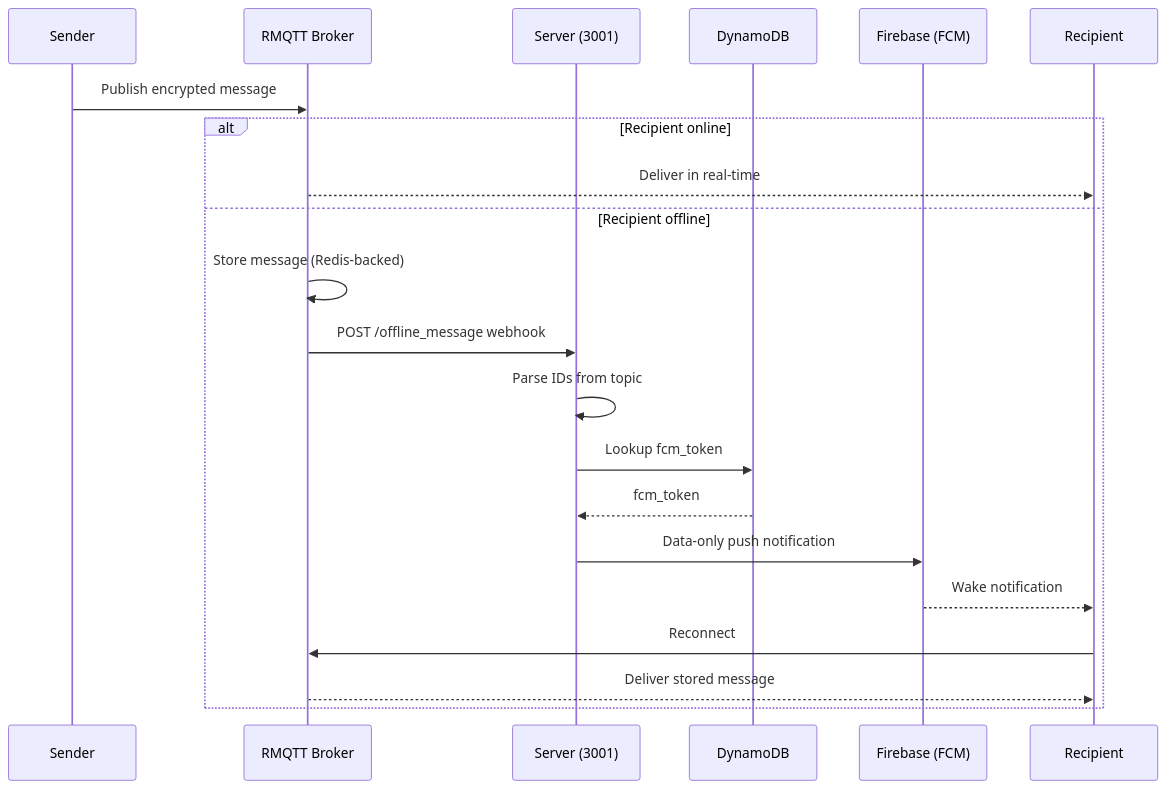
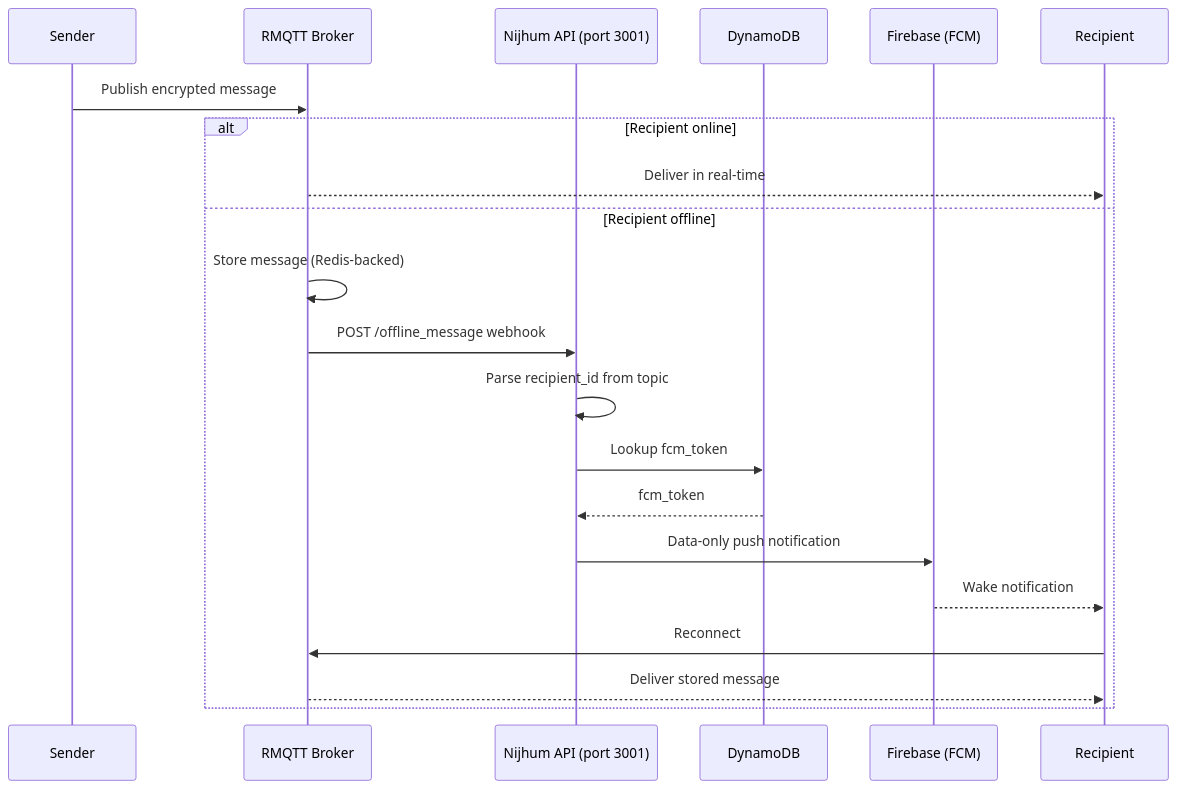
One commit to debarkamondal/khamoshchat-api changed the second of 2 diagrams in docs/architecture.md. Above: the diagram before and after it, drawn with Mermaid. The commit also changed other lines of this file and 6 other files, not shown here.

````diff
--- a/docs/architecture.md
+++ b/docs/architecture.md
@@ -155,25 +159,25 @@
 ```mermaid
 sequenceDiagram
     participant A as Sender
     participant M as RMQTT Broker
-    participant S as Server (3001)
+    participant S as Nijhum API (port 3001)
     participant D as DynamoDB
     participant F as Firebase (FCM)
     participant B as Recipient
 
     A->>M: Publish encrypted message
 
     alt Recipient online
         M-->>B: Deliver in real-time
     else Recipient offline
         M->>M: Store message (Redis-backed)
         M->>S: POST /offline_message webhook
-        S->>S: Parse IDs from topic
+        S->>S: Parse recipient_id from topic
         S->>D: Lookup fcm_token
         D-->>S: fcm_token
         S->>F: Data-only push notification
         F-->>B: Wake notification
         B->>M: Reconnect
         M-->>B: Deliver stored message
     end
 ```
````
